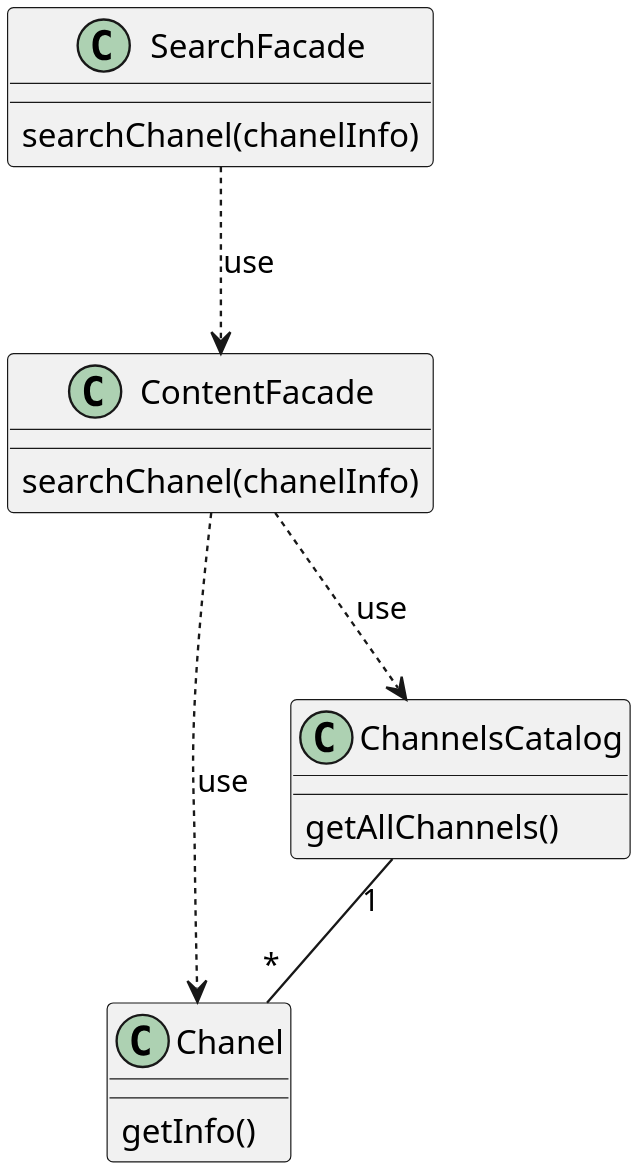
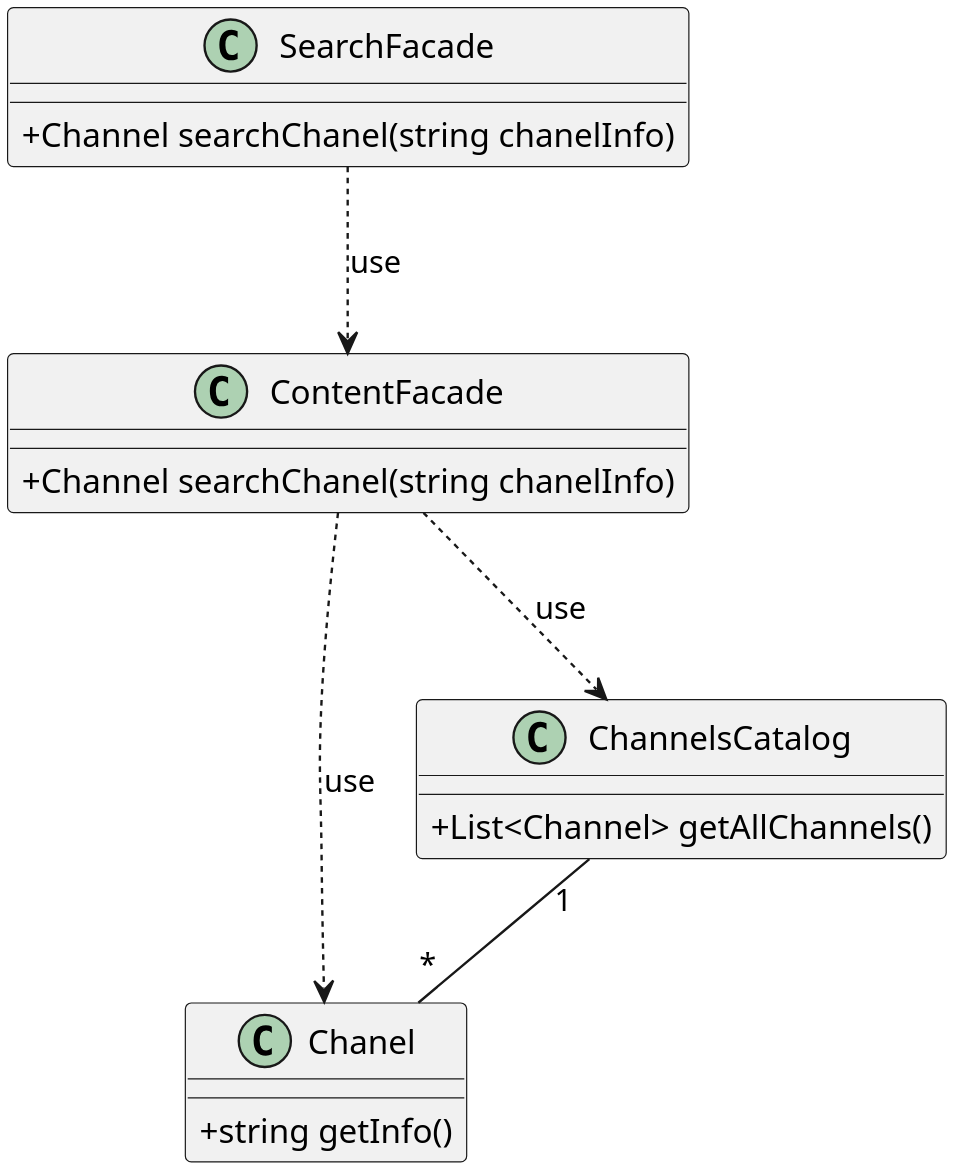
The diagram in Diagrams/Design Class/SearchChanel.puml (soleyman79/Qasedak), drawn with PlantUML before and after one commit.

Commit message:
SearchChanel: add type and privacy

```diff
--- a/Diagrams/Design Class/SearchChanel.puml
+++ b/Diagrams/Design Class/SearchChanel.puml
@@ -1,26 +1,27 @@
 @startuml search_chanel
 
 scale 3
 skinparam DefaultFontName B Nazanin
+skinparam classAttributeIconSize 0
 
 class "Chanel" as chanel {
-    getInfo()
+    +string getInfo()
 }
 
 class SearchFacade {
-    searchChanel(chanelInfo)
+    +Channel searchChanel(string chanelInfo)
 }
 
 class ContentFacade {
-    searchChanel(chanelInfo)
+    +Channel searchChanel(string chanelInfo)
 }
 
 class ChannelsCatalog {
-    getAllChannels()
+    +List<Channel> getAllChannels()
 }
 
 ChannelsCatalog "1" -- "*" chanel
 ContentFacade ..> ChannelsCatalog :use
 ContentFacade ..> chanel :use
 SearchFacade ..> ContentFacade :use
 @enduml
```
